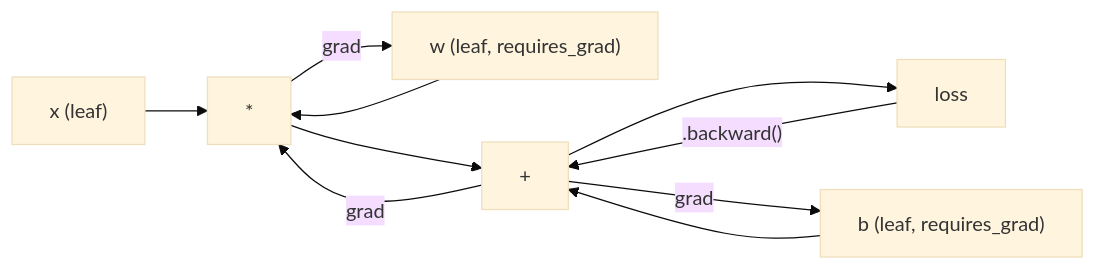
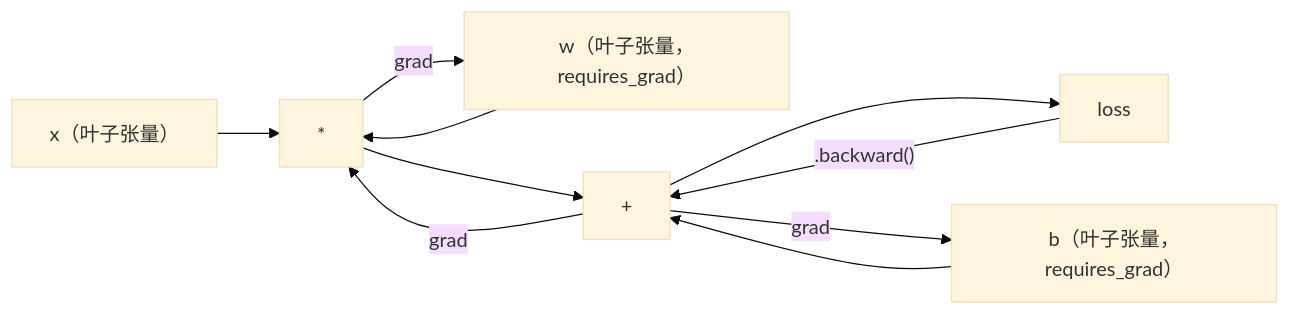
One commit to omigaZen/ai-engineering-from-scratch changed the first of 2 diagrams in phases/03-deep-learning-core/11-intro-to-pytorch/docs/zh.md. Above: the diagram before and after it, drawn with Mermaid (base theme). The commit also changed other lines of this file, not shown here.

````diff
--- a/phases/03-deep-learning-core/11-intro-to-pytorch/docs/zh.md
+++ b/phases/03-deep-learning-core/11-intro-to-pytorch/docs/zh.md
@@ -89,12 +89,12 @@
 ```mermaid
 graph LR
-    x["x (leaf)"] --> mul["*"]
-    w["w (leaf, requires_grad)"] --> mul
+    x["x（叶子张量）"] --> mul["*"]
+    w["w（叶子张量，requires_grad）"] --> mul
     mul --> add["+"]
-    b["b (leaf, requires_grad)"] --> add
+    b["b（叶子张量，requires_grad）"] --> add
     add --> loss["loss"]
     loss --> |".backward()"| add
     add --> |"grad"| b
     add --> |"grad"| mul
     mul --> |"grad"| w
 ```
````
